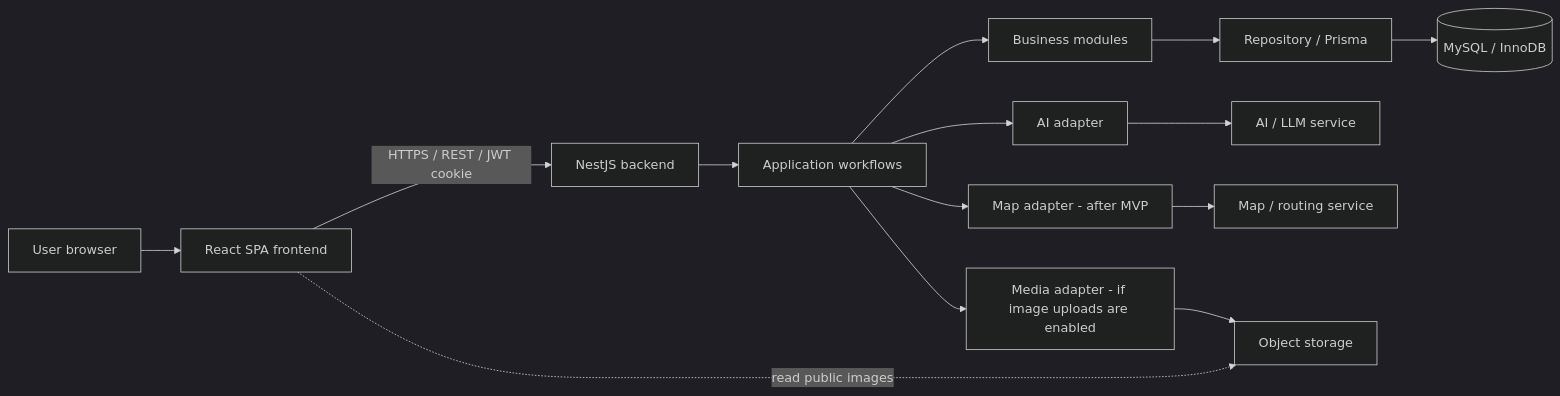
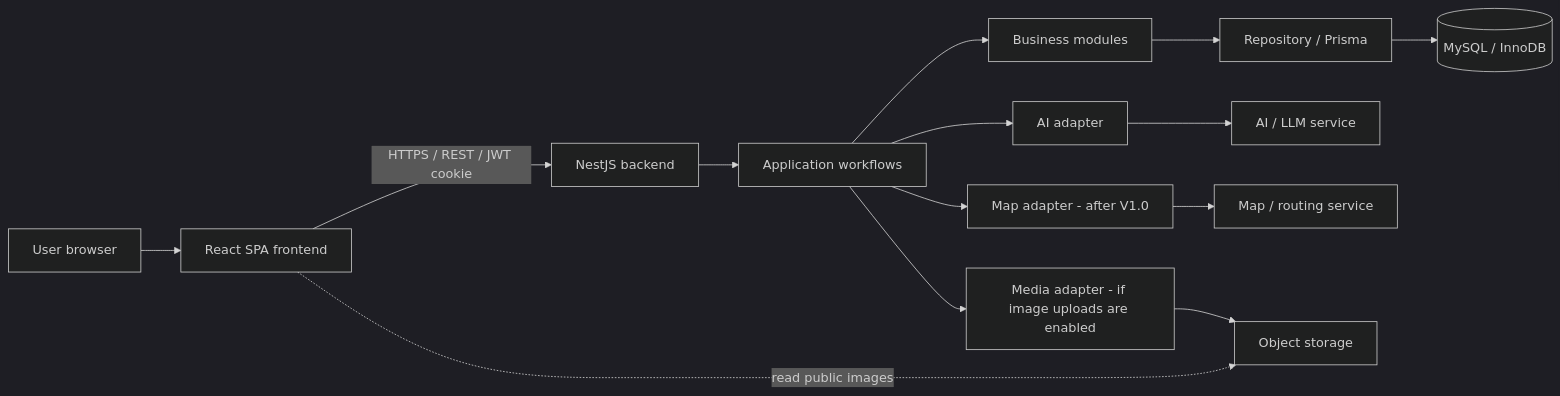
The first of 4 diagrams in docs/architecture.md (Namkhasnh/cse3045-nhom-3), drawn with Mermaid (dark theme) before and after one commit. The commit also changed other lines of this file and 156 other files, not shown here.

````diff
--- a/docs/architecture.md
+++ b/docs/architecture.md
@@ -31,16 +23,16 @@
 ```mermaid
 flowchart LR
     U[User browser] --> FE[React SPA frontend]
     FE -->|HTTPS / REST / JWT cookie| API[NestJS backend]
     API --> WF[Application workflows]
     WF --> MOD[Business modules]
     MOD --> REPO[Repository / Prisma]
     REPO --> DB[(MySQL / InnoDB)]
     WF --> AI[AI adapter]
     AI --> LLM[AI / LLM service]
-    WF --> MAP[Map adapter - after MVP]
+    WF --> MAP[Map adapter - after V1.0]
     MAP --> MAPS[Map / routing service]
     WF --> IMG[Media adapter - if image uploads are enabled]
     IMG --> STORE[Object storage]
     FE -. read public images .-> STORE
 ```
````
